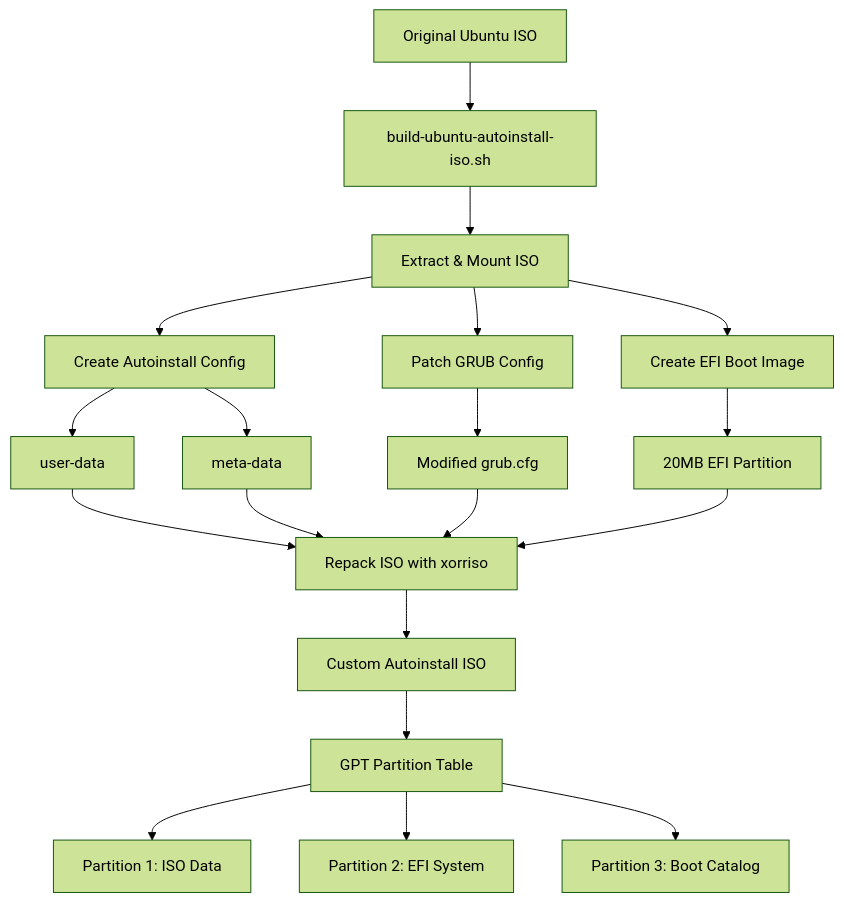
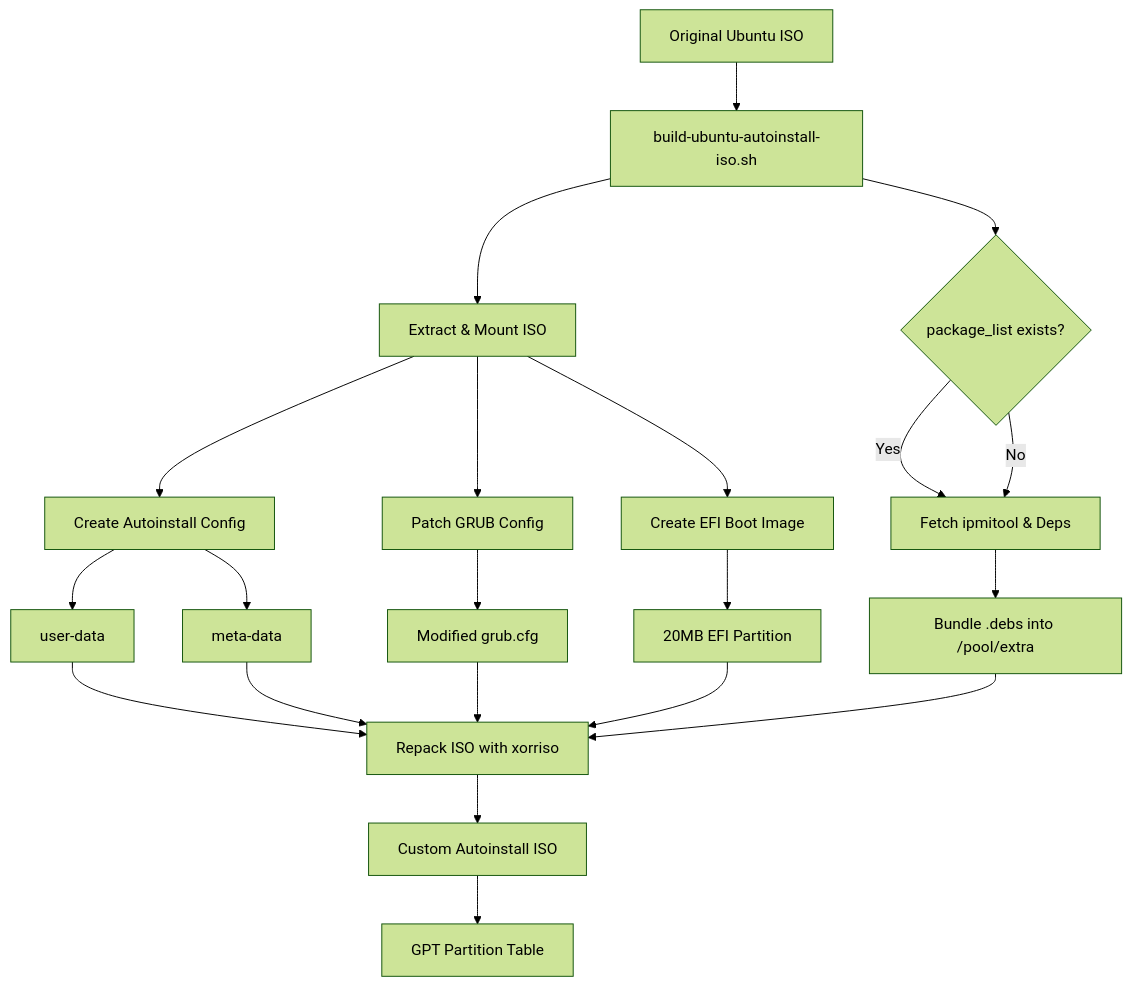
Before and after one commit to cyril1974/os_auto_deployment: the first of 3 diagrams in autoinstall/doc/01_architecture.md, drawn with Mermaid (forest theme). The commit also changed other lines of this file and 6 other files, not shown here.

````diff
--- a/autoinstall/doc/01_architecture.md
+++ b/autoinstall/doc/01_architecture.md
@@ -9,21 +9,23 @@
 ```mermaid
 graph TB
     A[Original Ubuntu ISO] --> B[build-ubuntu-autoinstall-iso.sh]
     B --> C[Extract & Mount ISO]
+    B --> PL{package_list exists?}
+    PL -->|Yes| PDB[Fetch Extra Packages & Deps]
+    PL -->|No| PDB[Fetch ipmitool & Deps]
+    PDB --> PE[Bundle .debs into /pool/extra]
     C --> D[Create Autoinstall Config]
     C --> E[Patch GRUB Config]
     C --> F[Create EFI Boot Image]
     D --> G[user-data]
     D --> H[meta-data]
     E --> I[Modified grub.cfg]
     F --> J[20MB EFI Partition]
     G --> K[Repack ISO with xorriso]
     H --> K
     I --> K
     J --> K
+    PE --> K
     K --> L[Custom Autoinstall ISO]
     L --> M[GPT Partition Table]
-    M --> N[Partition 1: ISO Data]
-    M --> O[Partition 2: EFI System]
-    M --> P[Partition 3: Boot Catalog]
 ```
````
